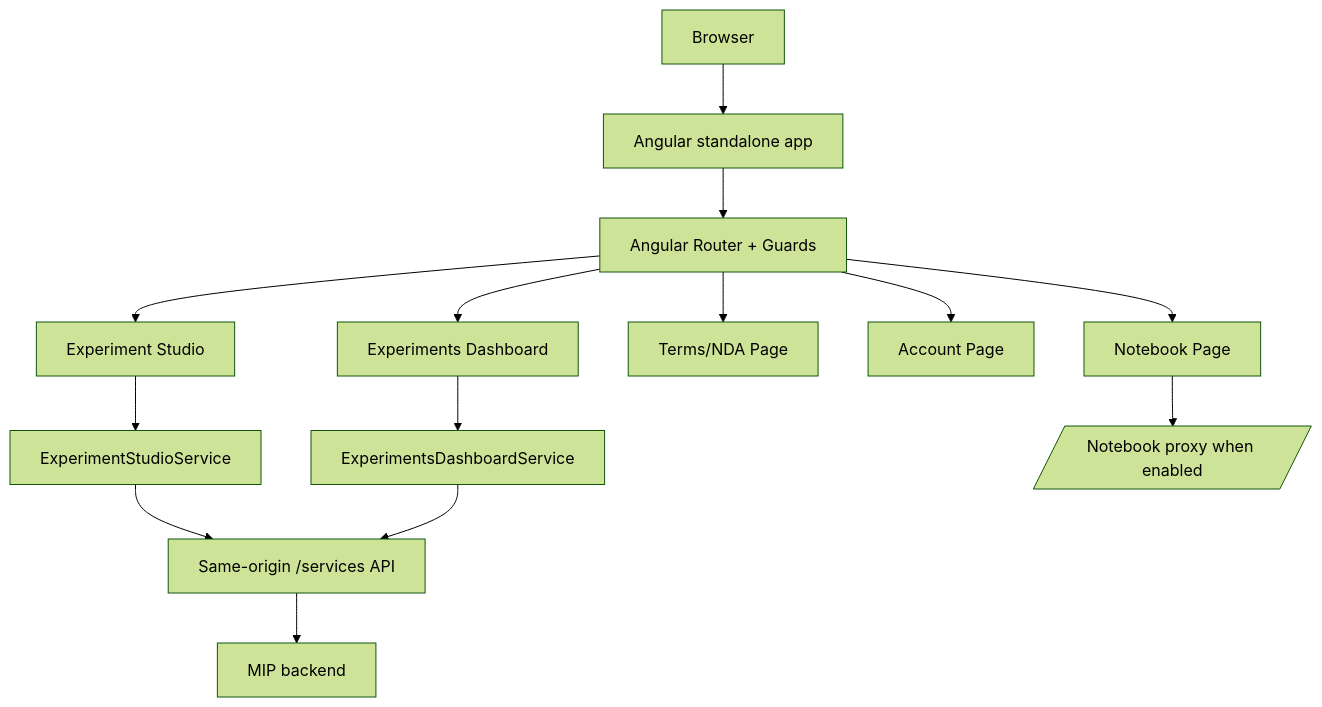
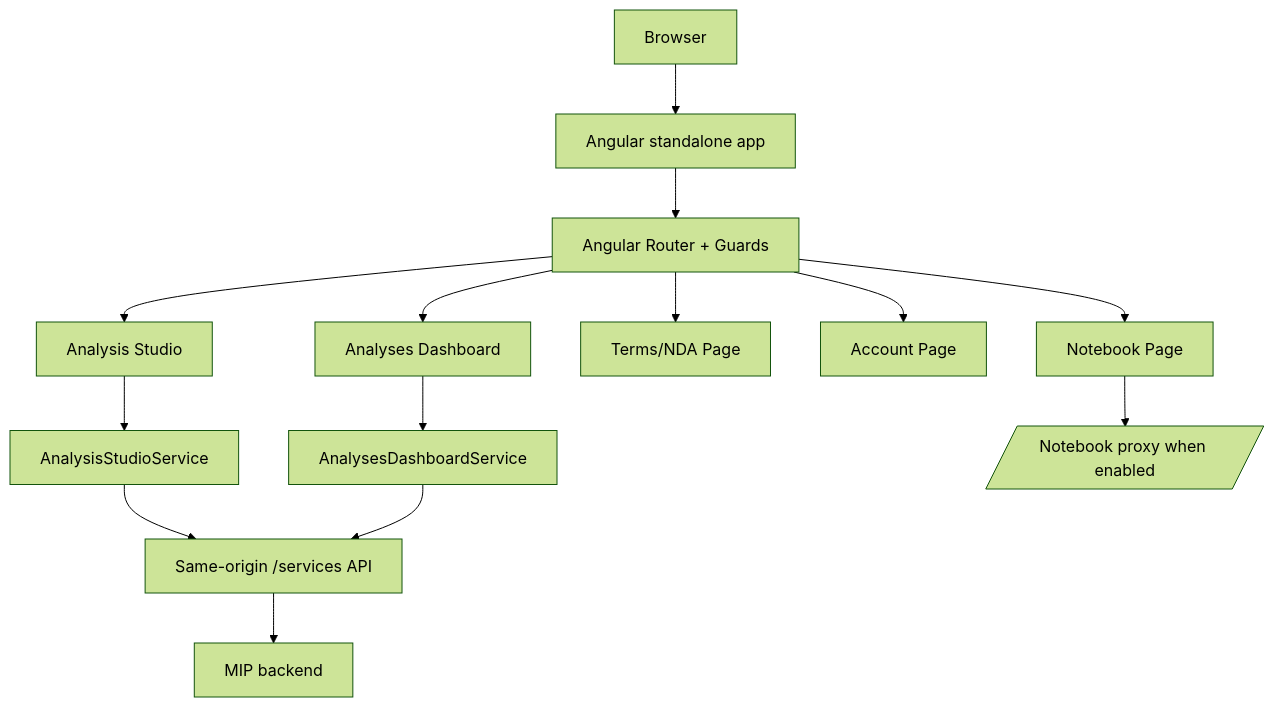
One commit to Medical-Informatics-Platform/platform-ui changed the diagram in docs/context/architecture.md. Above: the diagram before and after it, drawn with Mermaid (forest theme). The commit also changed other lines of this file and 403 other files, not shown here.

First line of the commit message:
refactor(terminology): rename experiments, folders and sets to analyses, studies and analysis groups

````diff
--- a/docs/context/architecture.md
+++ b/docs/context/architecture.md
@@ -7,16 +7,16 @@
 ```mermaid
 flowchart TD
   Browser[Browser] --> Angular[Angular standalone app]
   Angular --> Router[Angular Router + Guards]
-  Router --> Studio[Experiment Studio]
-  Router --> Dashboard[Experiments Dashboard]
+  Router --> Studio[Analysis Studio]
+  Router --> Dashboard[Analyses Dashboard]
   Router --> Terms[Terms/NDA Page]
   Router --> Account[Account Page]
   Router --> Notebook[Notebook Page]
-  Studio --> StudioService[ExperimentStudioService]
-  Dashboard --> DashboardService[ExperimentsDashboardService]
+  Studio --> StudioService[AnalysisStudioService]
+  Dashboard --> DashboardService[AnalysesDashboardService]
   StudioService --> API[Same-origin /services API]
   DashboardService --> API
   API --> Backend[MIP backend]
   Notebook --> Jupyter[/Notebook proxy when enabled/]
 ```
````
